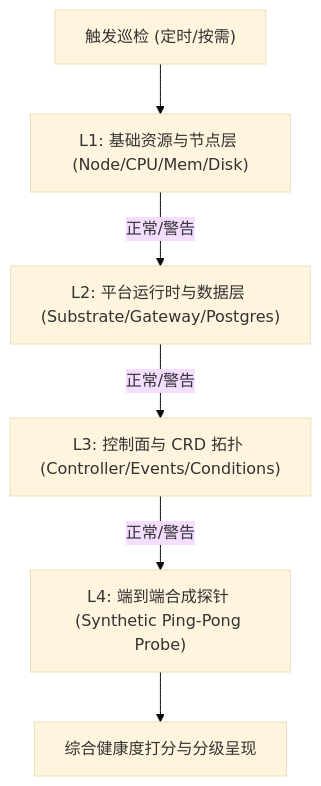
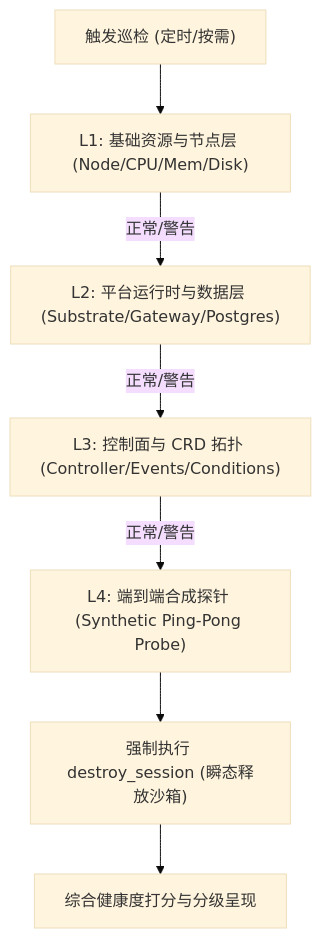
One commit to SDB-DevOps/KagentGuardian changed the first of 4 diagrams in docs/design/03-OPERATIONS_GUARDIAN_LOW_LEVEL_DESIGN.md. Above: the diagram before and after it, drawn with Mermaid (base theme). The commit also changed other lines of this file and 2 other files, not shown here.

````diff
--- a/docs/design/03-OPERATIONS_GUARDIAN_LOW_LEVEL_DESIGN.md
+++ b/docs/design/03-OPERATIONS_GUARDIAN_LOW_LEVEL_DESIGN.md
@@ -33,8 +33,9 @@
 ```mermaid
 graph TD
     Start["触发巡检 (定时/按需)"] --> L1["L1: 基础资源与节点层 (Node/CPU/Mem/Disk)"]
     L1 -->|正常/警告| L2["L2: 平台运行时与数据层 (Substrate/Gateway/Postgres)"]
     L2 -->|正常/警告| L3["L3: 控制面与 CRD 拓扑 (Controller/Events/Conditions)"]
     L3 -->|正常/警告| L4["L4: 端到端合成探针 (Synthetic Ping-Pong Probe)"]
-    L4 --> Calc["综合健康度打分与分级呈现"]
+    L4 --> Cleanup["强制执行 destroy_session (瞬态释放沙箱)"]
+    Cleanup --> Calc["综合健康度打分与分级呈现"]
 ```
````
